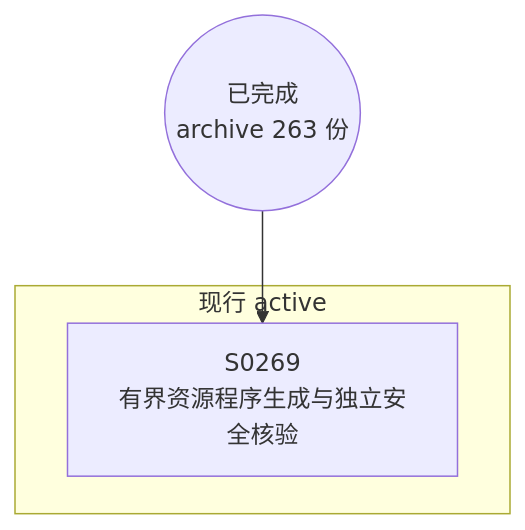
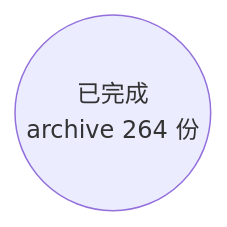
Before and after one commit to Halckon/Koven: the diagram in docs/specs/dependency-graph.md, drawn with Mermaid. The commit also changed other lines of this file and 24 other files, not shown here.

````diff
--- a/docs/specs/dependency-graph.md
+++ b/docs/specs/dependency-graph.md
@@ -9,8 +9,4 @@
 ```mermaid
 flowchart TD
-ARCH(("已完成<br/>archive 263 份"))
-subgraph Gactive["现行 active"]
-  S0269["S0269<br/>有界资源程序生成与独立安全核验"]
-end
-ARCH --> S0269
+ARCH(("已完成<br/>archive 264 份"))
 ```
````
